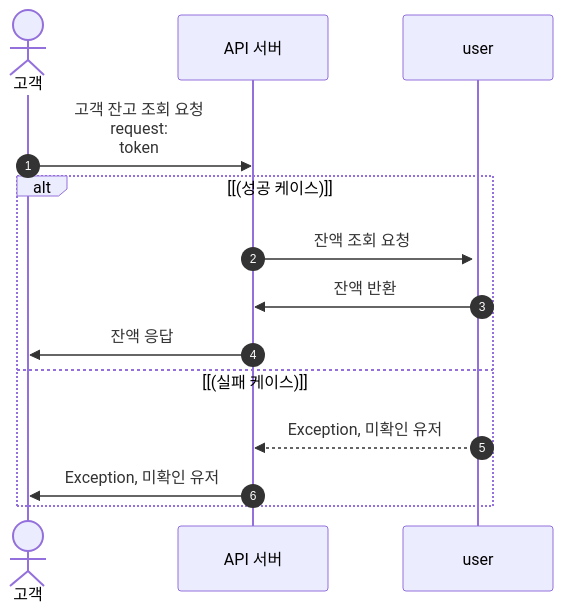
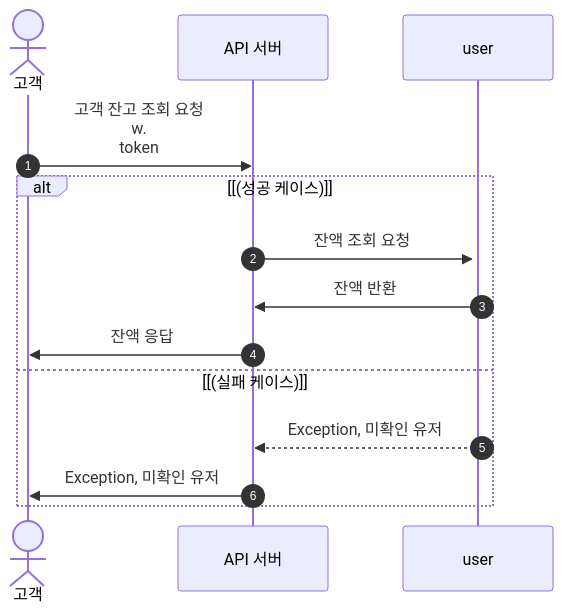
Before and after one commit to hwivelop/concert-reservation: the seventh of 9 diagrams in docs/SEQUENCE.md, drawn with Mermaid. The commit also changed other lines of this file and 3 other files, not shown here.

````diff
--- a/docs/SEQUENCE.md
+++ b/docs/SEQUENCE.md
@@ -131,19 +260,19 @@
 ```mermaid
 sequenceDiagram
     autonumber
 %%  선언부
     actor member as 고객
     participant api as API 서버
     participant user as user
 %%  구현부
-    member ->> api: 고객 잔고 조회 요청<br>request:<br>token
+    member ->> api: 고객 잔고 조회 요청<br>w.<br>token
 
     alt [(성공 케이스)]
         api ->>+ user: 잔액 조회 요청
         user ->> api: 잔액 반환
         api ->> member: 잔액 응답
     else [(실패 케이스)]
         user -->> api: Exception, 미확인 유저
         api ->> member: Exception, 미확인 유저
     end
 ```
````
